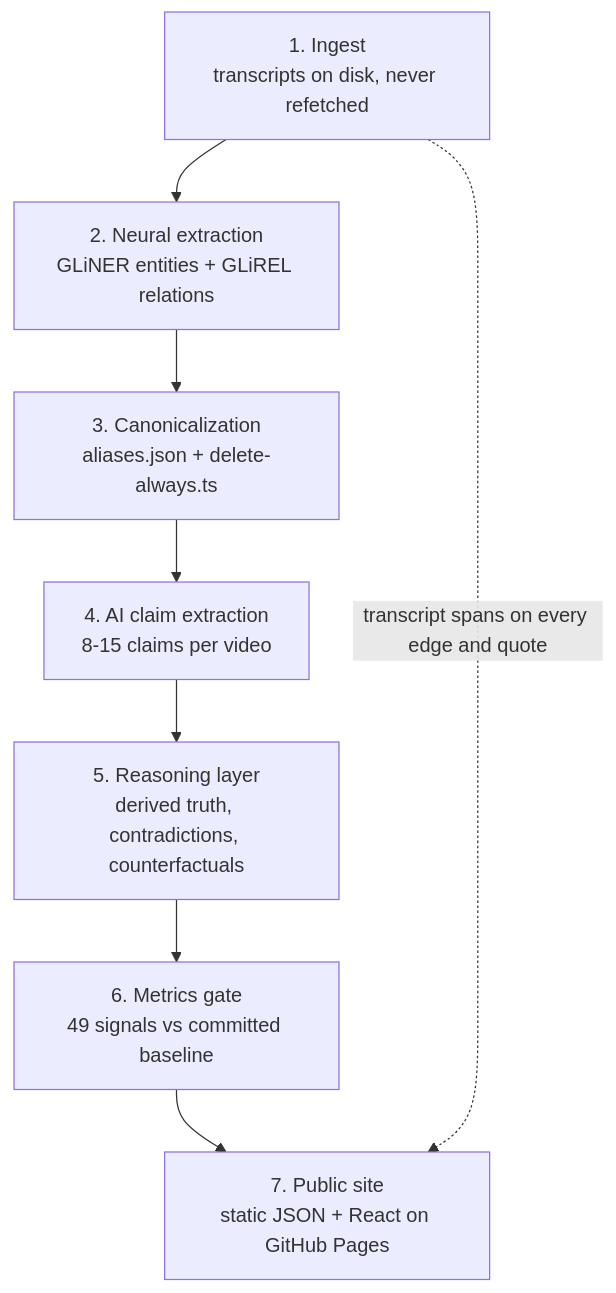
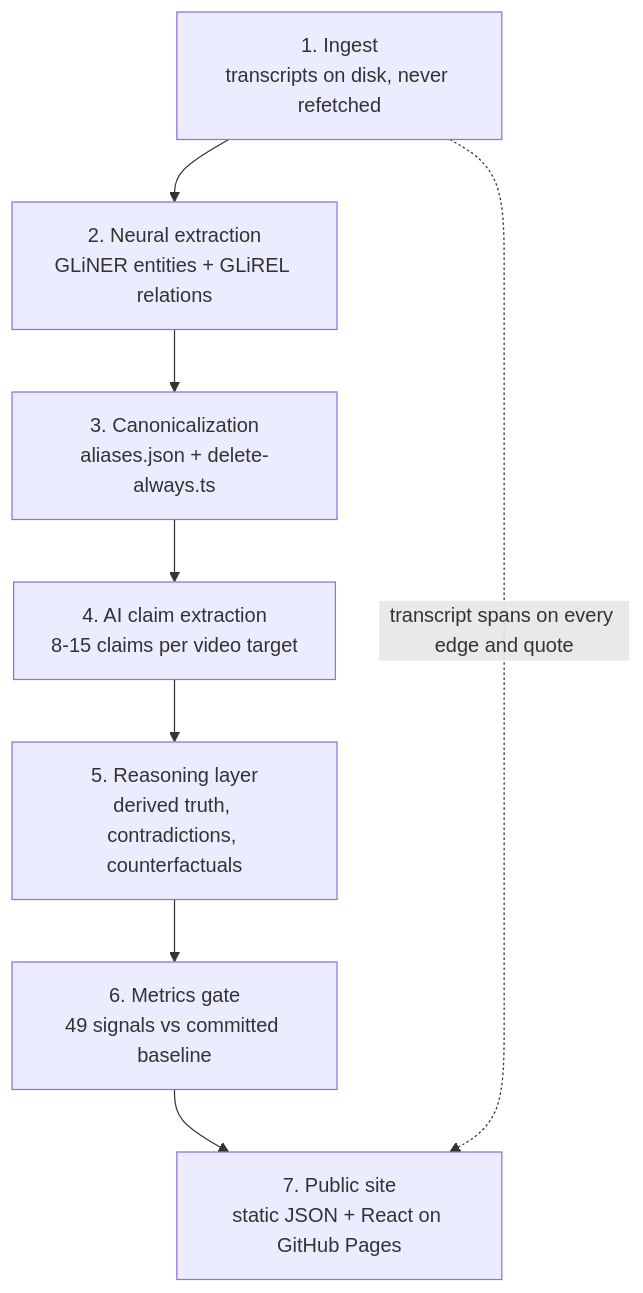
Before and after one commit to jonborchardt/blog: the first of 2 diagrams in src/content/posts/why-files-contradiction-index/index.mdx, drawn with Mermaid. The commit also changed other lines of this file and 3 other files, not shown here.

````diff
--- a/src/content/posts/why-files-contradiction-index/index.mdx
+++ b/src/content/posts/why-files-contradiction-index/index.mdx
@@ -88,12 +90,12 @@
 ```mermaid
 flowchart TB
   accTitle: The Why Files Database pipeline
   accDescr: Transcripts are fetched once and cached, then run through GLiNER and GLiREL sidecars for entities and relations, canonicalised with an aliases file, read by an AI session that writes claims, processed by a pure-code reasoning layer into derived truth and contradictions, gated by a 49-signal metrics check, and finally emitted as static JSON for a React site on GitHub Pages.
   A[1. Ingest<br/>transcripts on disk, never refetched] --> B[2. Neural extraction<br/>GLiNER entities + GLiREL relations]
   B --> C[3. Canonicalization<br/>aliases.json + delete-always.ts]
-  C --> D[4. AI claim extraction<br/>8-15 claims per video]
+  C --> D[4. AI claim extraction<br/>8-15 claims per video target]
   D --> E[5. Reasoning layer<br/>derived truth, contradictions, counterfactuals]
   E --> F[6. Metrics gate<br/>49 signals vs committed baseline]
   F --> G[7. Public site<br/>static JSON + React on GitHub Pages]
   A -.transcript spans on every edge and quote.-> G
 ```
````
